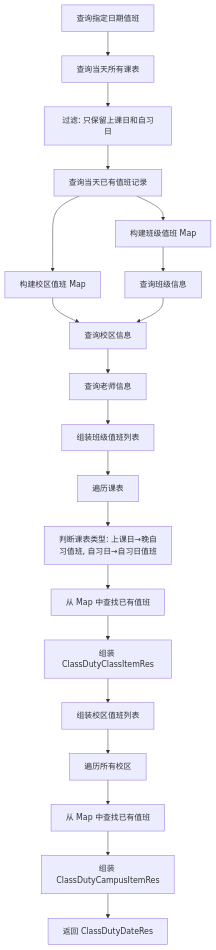
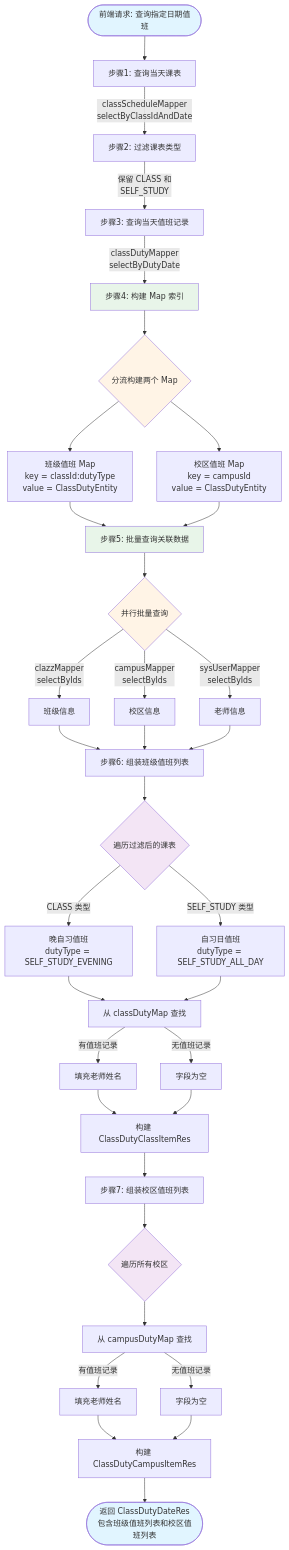
Diagram 26 of 59 in docs/tutorial.md (Smithhss/YanQue-Admin), drawn with Mermaid before and after one commit. The commit also changed other lines of this file and 4 other files, not shown here.

First line of the commit message:
docs: 完善教程文档第 10-20 章 - 补充详细流程图和注释

````diff
--- a/docs/tutorial.md
+++ b/docs/tutorial.md
@@ -4841,28 +5190,64 @@
 ```mermaid
-flowchart TD
-    A[查询指定日期值班] --> B[查询当天所有课表]
-    B --> C[过滤: 只保留上课日和自习日]
-    C --> D[查询当天已有值班记录]
-
-    D --> E[构建班级值班 Map]
-    D --> F[构建校区值班 Map]
-
-    E --> G[查询班级信息]
-    F --> H[查询校区信息]
-    G --> H
-
-    H --> I[查询老师信息]
-    I --> J[组装班级值班列表]
-
-    J --> K[遍历课表]
-    K --> L[判断课表类型: 上课日→晚自习值班, 自习日→自习日值班]
-    L --> M[从 Map 中查找已有值班]
-    M --> N[组装 ClassDutyClassItemRes]
-
-    N --> O[组装校区值班列表]
-    O --> P[遍历所有校区]
-    P --> Q[从 Map 中查找已有值班]
-    Q --> R[组装 ClassDutyCampusItemRes]
-
-    R --> S[返回 ClassDutyDateRes]
+flowchart TB
+    Start([前端请求: 查询指定日期值班]) --> Step1[步骤1: 查询当天课表]
+    
+    Step1 --> |classScheduleMapper<br/>selectByClassIdAndDate| Step2[步骤2: 过滤课表类型]
+    
+    Step2 --> |保留 CLASS 和<br/>SELF_STUDY| Step3[步骤3: 查询当天值班记录]
+    
+    Step3 --> |classDutyMapper<br/>selectByDutyDate| Step4[步骤4: 构建 Map 索引]
+    
+    Step4 --> MapBuild{分流构建两个 Map}
+    
+    MapBuild --> ClassMap[班级值班 Map<br/>key = classId:dutyType<br/>value = ClassDutyEntity]
+    MapBuild --> CampusMap[校区值班 Map<br/>key = campusId<br/>value = ClassDutyEntity]
+    
+    ClassMap --> Step5[步骤5: 批量查询关联数据]
+    CampusMap --> Step5
+    
+    Step5 --> Batch{并行批量查询}
+    Batch --> |clazzMapper<br/>selectByIds| ClazzData[班级信息]
+    Batch --> |campusMapper<br/>selectByIds| CampusData[校区信息]
+    Batch --> |sysUserMapper<br/>selectByIds| TeacherData[老师信息]
+    
+    ClazzData --> Step6[步骤6: 组装班级值班列表]
+    CampusData --> Step6
+    TeacherData --> Step6
+    
+    Step6 --> Loop1{遍历过滤后的课表}
+    
+    Loop1 --> |CLASS 类型| ClassItem1[晚自习值班<br/>dutyType = SELF_STUDY_EVENING]
+    Loop1 --> |SELF_STUDY 类型| ClassItem2[自习日值班<br/>dutyType = SELF_STUDY_ALL_DAY]
+    
+    ClassItem1 --> Lookup1[从 classDutyMap 查找]
+    ClassItem2 --> Lookup1
+    
+    Lookup1 --> |有值班记录| Fill1[填充老师姓名]
+    Lookup1 --> |无值班记录| Empty1[字段为空]
+    
+    Fill1 --> Build1[构建 ClassDutyClassItemRes]
+    Empty1 --> Build1
+    
+    Build1 --> Step7[步骤7: 组装校区值班列表]
+    
+    Step7 --> Loop2{遍历所有校区}
+    
+    Loop2 --> Lookup2[从 campusDutyMap 查找]
+    
+    Lookup2 --> |有值班记录| Fill2[填充老师姓名]
+    Lookup2 --> |无值班记录| Empty2[字段为空]
+    
+    Fill2 --> Build2[构建 ClassDutyCampusItemRes]
+    Empty2 --> Build2
+    
+    Build2 --> End([返回 ClassDutyDateRes<br/>包含班级值班列表和校区值班列表])
+    
+    style Start fill:#e1f5ff
+    style End fill:#e1f5ff
+    style MapBuild fill:#fff4e6
+    style Batch fill:#fff4e6
+    style Loop1 fill:#f3e5f5
+    style Loop2 fill:#f3e5f5
+    style Step4 fill:#e8f5e9
+    style Step5 fill:#e8f5e9
 ```
````
